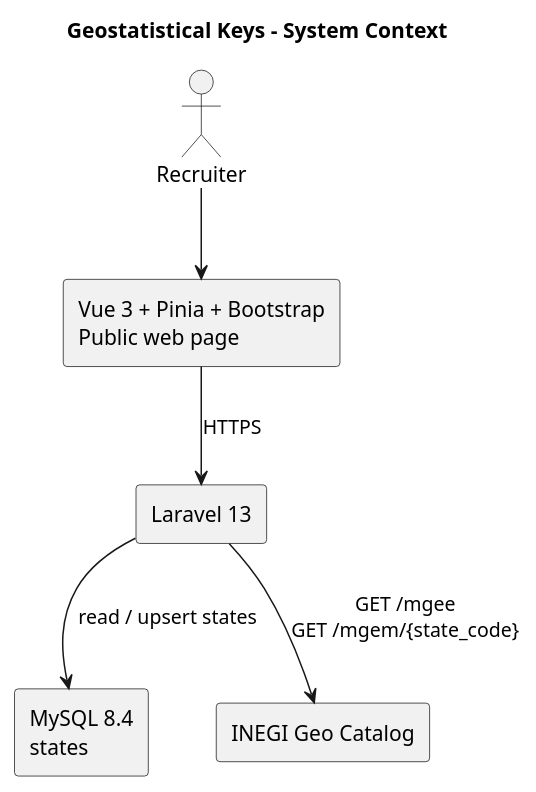
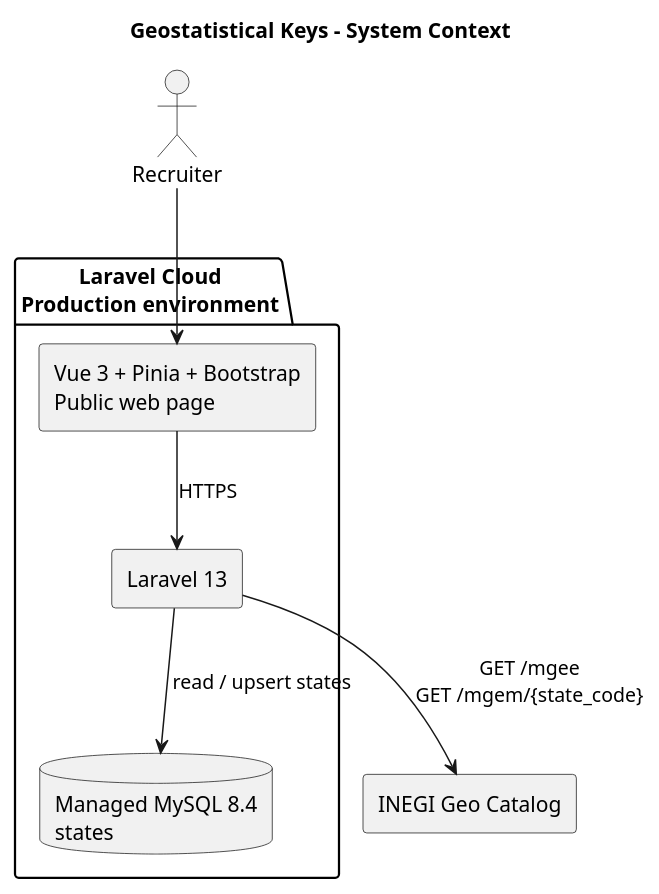
The first of 5 diagrams in docs/architecture.md (gdpe-franco/geostatistical-keys), drawn with PlantUML before and after one commit. The commit also changed other lines of this file and 2 other files, not shown here.

Commit message:
docs: document production handoff

````diff
--- a/docs/architecture.md
+++ b/docs/architecture.md
@@ -5,15 +5,17 @@
 ```plantuml
 @startuml
 title Geostatistical Keys - System Context
 actor "Recruiter" as recruiter
-rectangle "Vue 3 + Pinia + Bootstrap\nPublic web page" as ui
-rectangle "Laravel 13" as app
-rectangle "MySQL 8.4\nstates" as db
+package "Laravel Cloud\nProduction environment" {
+  rectangle "Vue 3 + Pinia + Bootstrap\nPublic web page" as ui
+  rectangle "Laravel 13" as app
+  database "Managed MySQL 8.4\nstates" as db
+}
 rectangle "INEGI Geo Catalog" as inegi
 
 recruiter --> ui
 ui --> app : HTTPS
 app --> db : read / upsert states
 app --> inegi : GET /mgee\nGET /mgem/{state_code}
 @enduml
 ```
````
